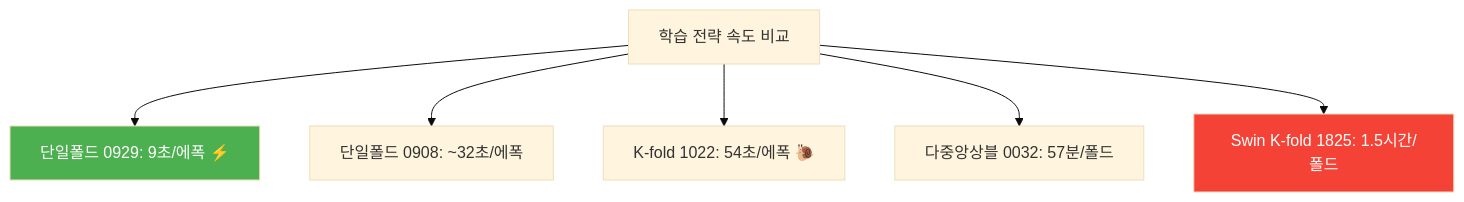
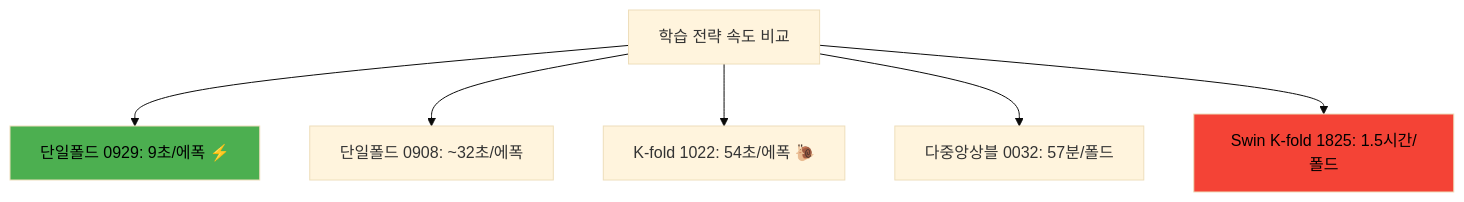
One commit to nimnusmik/CV_documents_classification_competition changed the first of 2 diagrams in docs/대회전략분석/경진대회_최적학습전략_비교분석_20250910.md. Above: the diagram before and after it, drawn with Mermaid (base theme). The commit also changed 11 other files, not shown here.

Commit message:
docs: mermaid 글자 색상 명확한 검정색으로 수정

````diff
--- a/docs/대회전략분석/경진대회_최적학습전략_비교분석_20250910.md
+++ b/docs/대회전략분석/경진대회_최적학습전략_비교분석_20250910.md
@@ -167,12 +167,12 @@
 ```mermaid
 graph TB
     A[학습 전략 속도 비교] 
     A --> B[단일폴드 0929: 9초/에폭 ⚡]
     A --> C[단일폴드 0908: ~32초/에폭]  
     A --> D[K-fold 1022: 54초/에폭 🐌]
     A --> E[다중앙상블 0032: 57분/폴드]
     A --> F[Swin K-fold 1825: 1.5시간/폴드]
     
-    style B fill:#4CAF50,color:#fff
-    style F fill:#f44336,color:#fff
+    style B fill:#4CAF50,color:#fff, color:#000000
+    style F fill:#f44336,color:#fff, color:#000000
 ```
````
